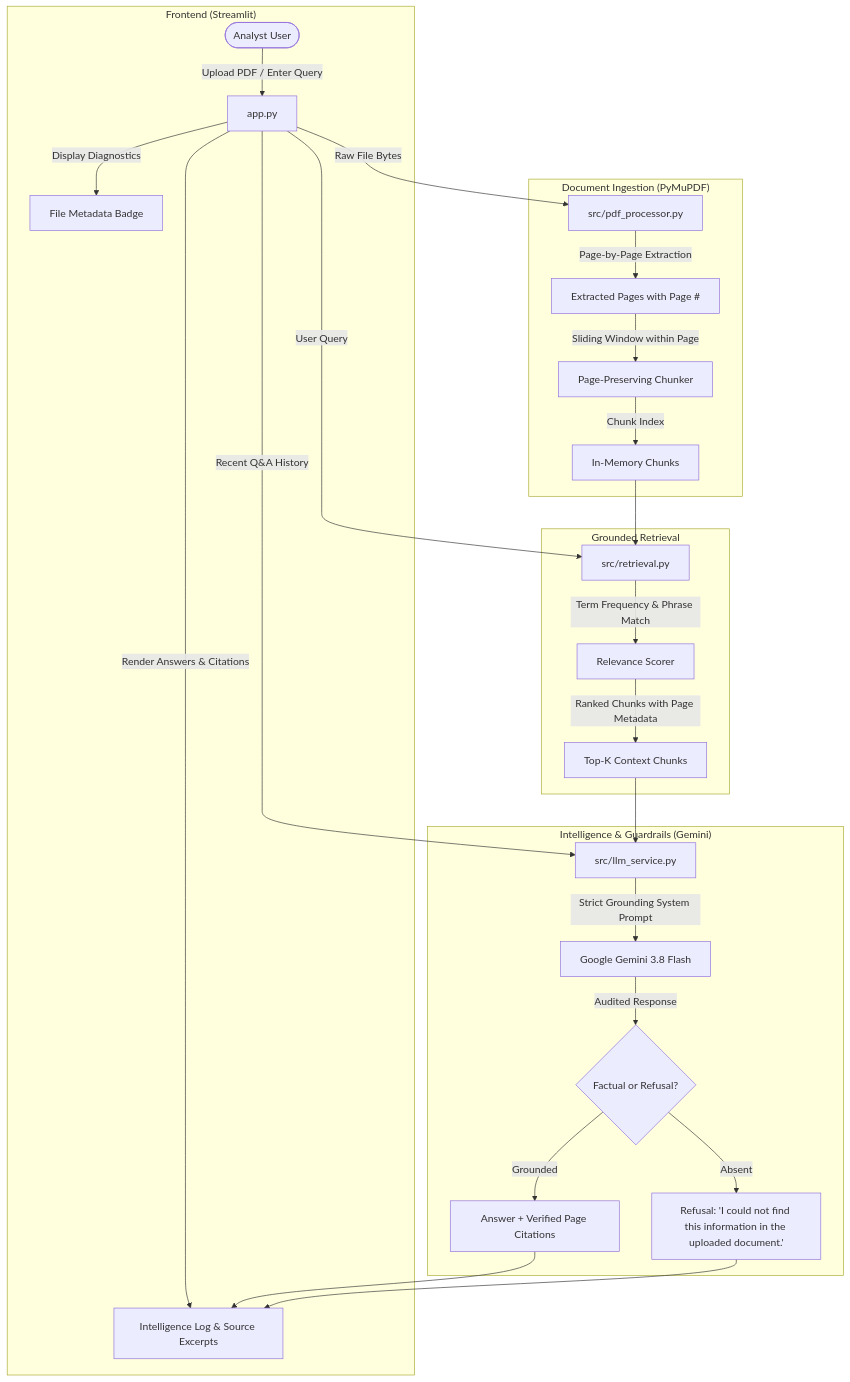
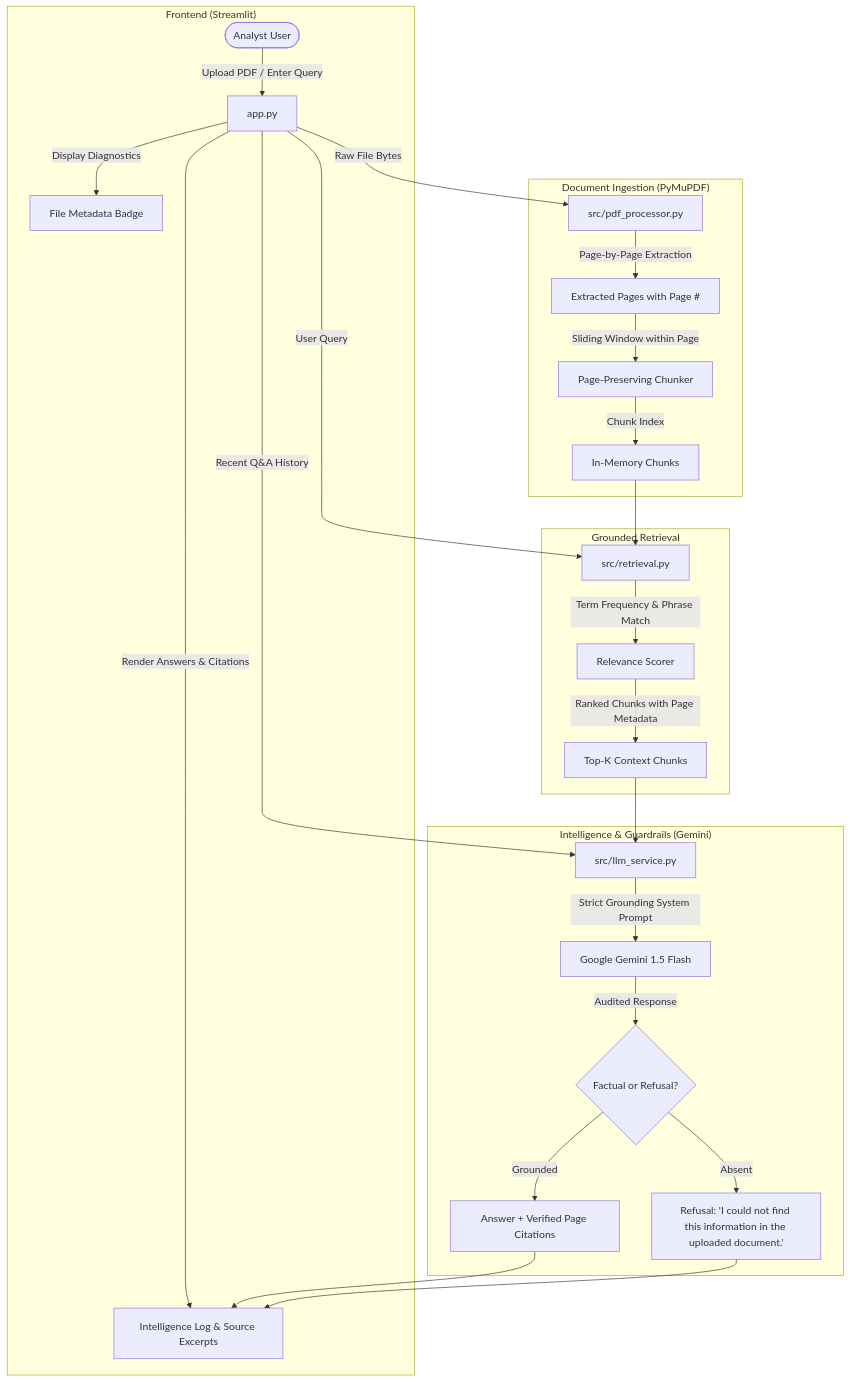
One commit to Aditi000-hash/ASTRA-INTEL changed the diagram in README.md. Above: the diagram before and after it, drawn with Mermaid. The commit also changed other lines of this file and 5 other files, not shown here.

Commit message:
Use gemini-1.5-flash as default, add UI model selection, and implement exponential backoff retry for 503 errors and immediate 429 quota handling

````diff
--- a/README.md
+++ b/README.md
@@ -91,33 +91,33 @@
 ```mermaid
 flowchart TD
     subgraph UI_Layer ["Frontend (Streamlit)"]
         User([Analyst User]) -->|Upload PDF / Enter Query| Streamlit[app.py]
         Streamlit -->|Display Diagnostics| Diagnostics[File Metadata Badge]
         Streamlit -->|Render Answers & Citations| Output[Intelligence Log & Source Excerpts]
     end
 
     subgraph Processing_Layer ["Document Ingestion (PyMuPDF)"]
         Streamlit -->|Raw File Bytes| Parser[src/pdf_processor.py]
         Parser -->|Page-by-Page Extraction| Pages[Extracted Pages with Page #]
         Pages -->|Sliding Window within Page| Chunker[Page-Preserving Chunker]
         Chunker -->|Chunk Index| Chunks[In-Memory Chunks]
     end
 
     subgraph Retrieval_Layer ["Grounded Retrieval"]
         Streamlit -->|User Query| Retriever[src/retrieval.py]
         Chunks --> Retriever
         Retriever -->|Term Frequency & Phrase Match| Scorer[Relevance Scorer]
         Scorer -->|Ranked Chunks with Page Metadata| TopChunks[Top-K Context Chunks]
     end
 
     subgraph LLM_Layer ["Intelligence & Guardrails (Gemini)"]
         TopChunks --> LLM[src/llm_service.py]
         Streamlit -->|Recent Q&A History| LLM
-        LLM -->|Strict Grounding System Prompt| Gemini[Google Gemini 3.8 Flash]
+        LLM -->|Strict Grounding System Prompt| Gemini[Google Gemini 1.5 Flash]
         Gemini -->|Audited Response| Formatter{Factual or Refusal?}
         Formatter -->|Grounded| Answer[Answer + Verified Page Citations]
         Formatter -->|Absent| Refusal["Refusal: 'I could not find this information in the uploaded document.'"]
         Answer --> Output
         Refusal --> Output
     end
 ```
````
